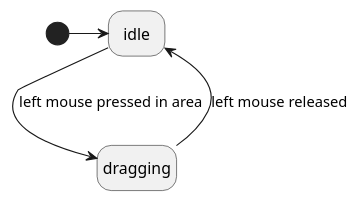
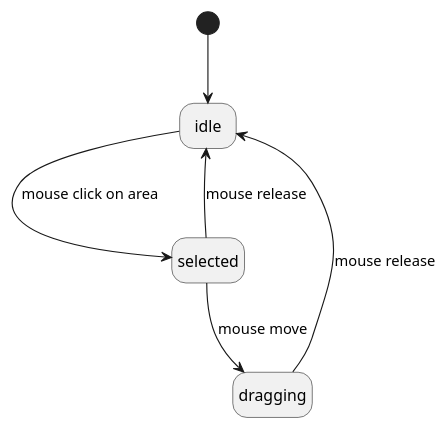
The diagram in src/Sandbox/diagrams/drag-n-drop-state.puml (SnekTech/GodotSandbox), drawn with PlantUML before and after one commit. The commit also changed 4 other files, not shown here.

```diff
--- a/src/Sandbox/diagrams/drag-n-drop-state.puml
+++ b/src/Sandbox/diagrams/drag-n-drop-state.puml
@@ -1,15 +1,20 @@
 @startuml
 'https://plantuml.com/state-diagram
 
 hide empty description
 
 state idle
 state dragging
+state selected
 
-[*] -> idle
+[*] --> idle
 
-idle --> dragging : left mouse pressed in area
+idle --> selected : mouse click on area
 
-dragging --> idle : left mouse released
+selected --> dragging : mouse move
+
+selected --> idle : mouse release
+
+dragging --> idle : mouse release
 
 @enduml
```
